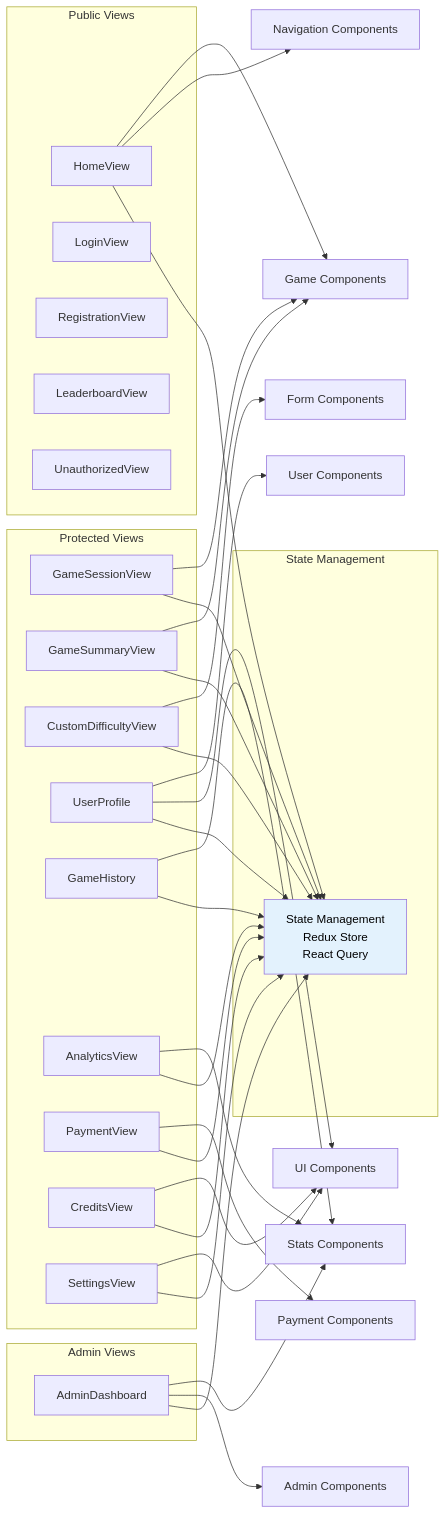
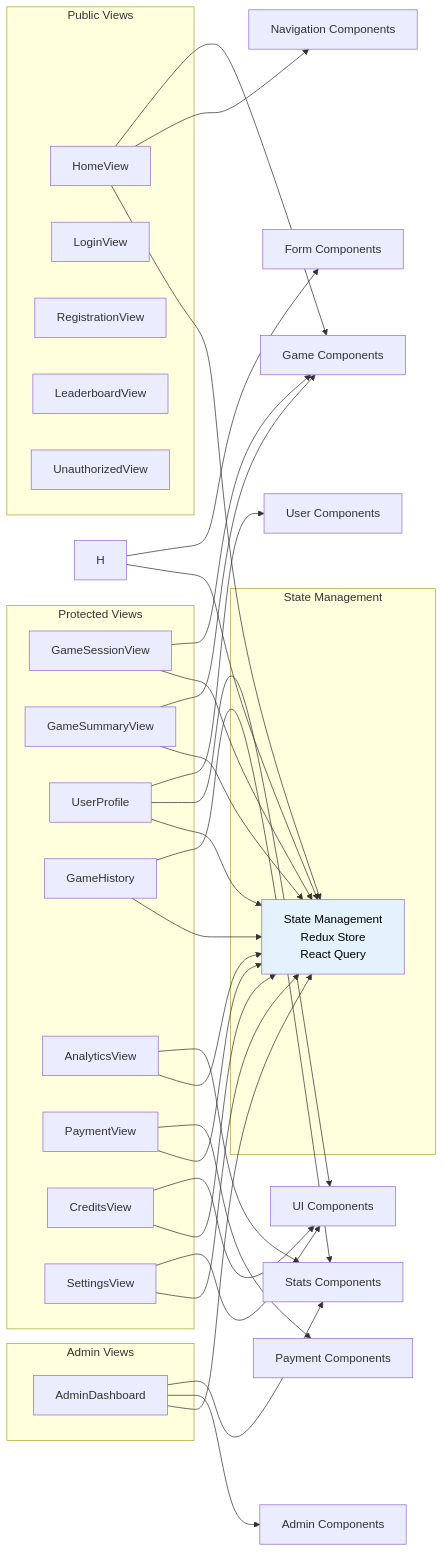
Before and after one commit to IsraelRub/EveryTriv: diagram 18 of 28 in docs/DIAGRAMS.md, drawn with Mermaid. The commit also changed other lines of this file and 789 other files, not shown here.

````diff
--- a/docs/DIAGRAMS.md
+++ b/docs/DIAGRAMS.md
@@ -1161,59 +1119,58 @@
 ```mermaid
 graph LR
     subgraph "Public Views"
         A[HomeView]
         B[LoginView]
         C[RegistrationView]
         D[LeaderboardView]
         E[UnauthorizedView]
     end
 
     subgraph "Protected Views"
         F[GameSessionView]
         G[GameSummaryView]
-        H[CustomDifficultyView]
         I[UserProfile]
         J[GameHistory]
         K[AnalyticsView]
         L[PaymentView]
         M[CreditsView]
         N[SettingsView]
     end
 
     subgraph "Admin Views"
         O[AdminDashboard]
     end
 
     A --> P[Game Components]
     A --> Q[Navigation Components]
     F --> P
     G --> P
     H --> R[Form Components]
     I --> S[User Components]
     I --> T[UI Components]
     J --> U[Stats Components]
     K --> U
     L --> V[Payment Components]
     M --> T
     N --> T
     O --> U
     O --> W[Admin Components]
 
     subgraph "State Management"
         SM[State Management<br/>Redux Store<br/>React Query]
     end
 
     A --> SM
     F --> SM
     G --> SM
     H --> SM
     I --> SM
     J --> SM
     K --> SM
     L --> SM
     M --> SM
     N --> SM
     O --> SM
 
     style SM fill:#e3f2fd,color:#000000
 ```
````
